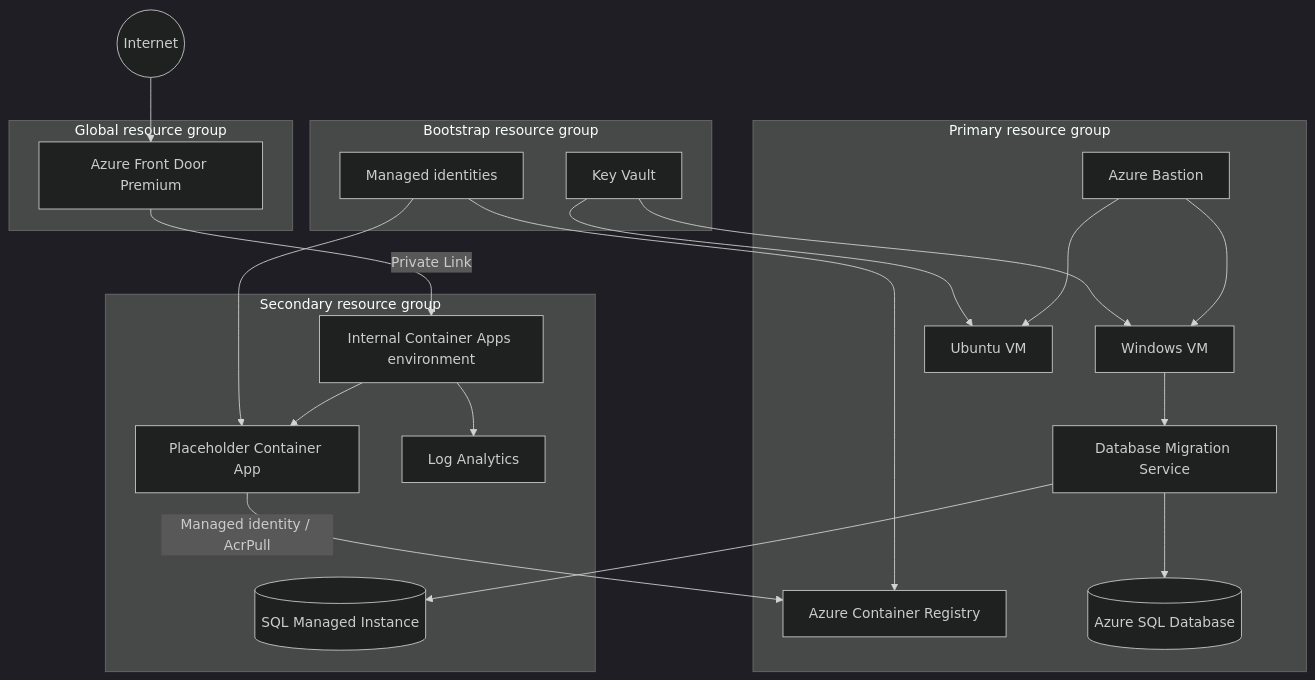
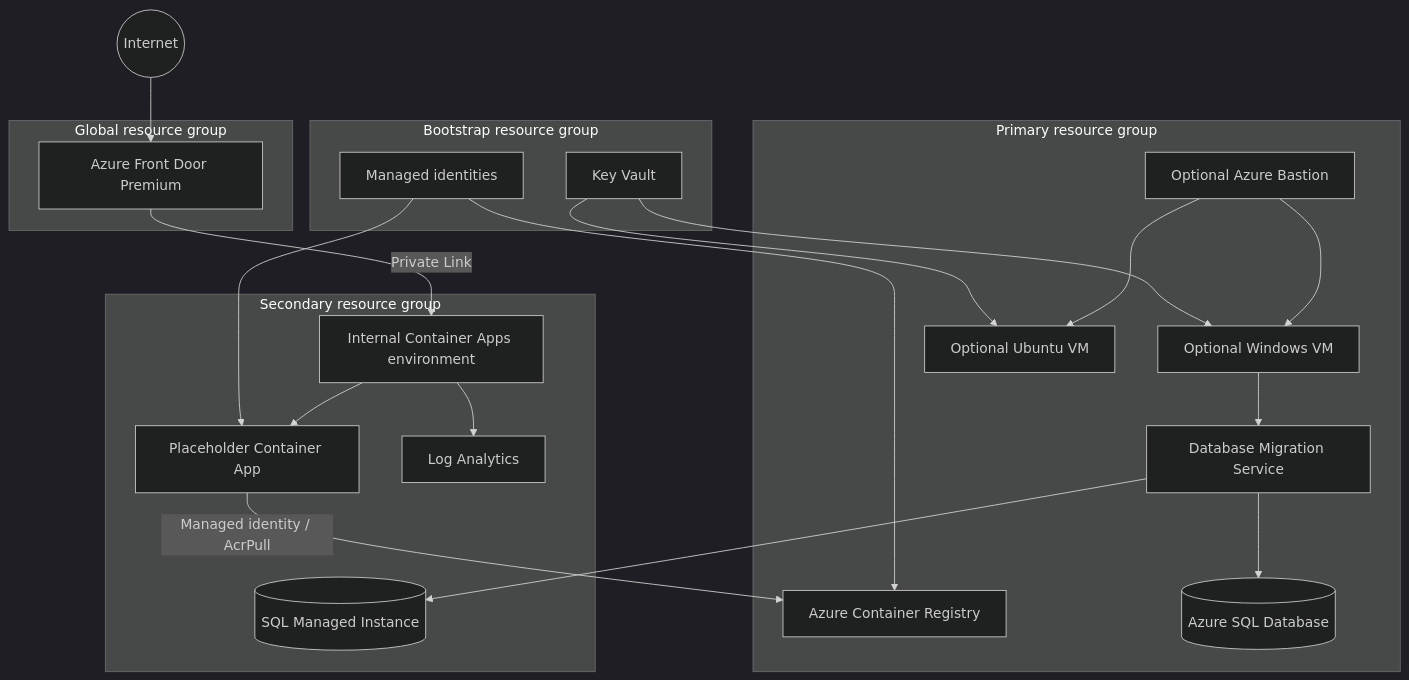
Before and after one commit to Azure-Samples/modernize-bootcamp: the diagram in skillable/day_2/bootcamp_deployment/README.md, drawn with Mermaid (dark theme). The commit also changed other lines of this file and 19 other files, not shown here.

Commit message:
Updated deployment to deploy SQL MI 2025 , made provisioning VM and Bastion optional

````diff
--- a/skillable/day_2/bootcamp_deployment/README.md
+++ b/skillable/day_2/bootcamp_deployment/README.md
@@ -26,43 +26,43 @@
 ```mermaid
 flowchart TB
     Internet((Internet)) --> AFD[Azure Front Door Premium]
     AFD -->|Private Link| CAE[Internal Container Apps environment]
     CAE --> APP[Placeholder Container App]
     APP -->|Managed identity / AcrPull| ACR[Azure Container Registry]
 
     subgraph Primary["Primary resource group"]
-        BASTION[Azure Bastion]
-        WIN[Windows VM]
-        LINUX[Ubuntu VM]
+        BASTION[Optional Azure Bastion]
+        WIN[Optional Windows VM]
+        LINUX[Optional Ubuntu VM]
         DMS[Database Migration Service]
         SQLDB[(Azure SQL Database)]
         ACR
     end
 
     subgraph Secondary["Secondary resource group"]
         CAE
         APP
         LAW[Log Analytics]
         SQLMI[(SQL Managed Instance)]
     end
 
     subgraph Bootstrap["Bootstrap resource group"]
         KV[Key Vault]
         IDS[Managed identities]
     end
 
     subgraph Global["Global resource group"]
         AFD
     end
 
     BASTION --> WIN
     BASTION --> LINUX
     WIN --> DMS
     DMS --> SQLDB
     DMS --> SQLMI
     CAE --> LAW
     IDS --> ACR
     IDS --> APP
     KV --> WIN
     KV --> LINUX
 ```
````
